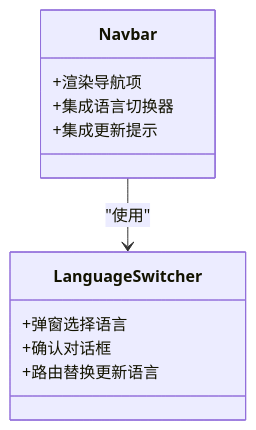
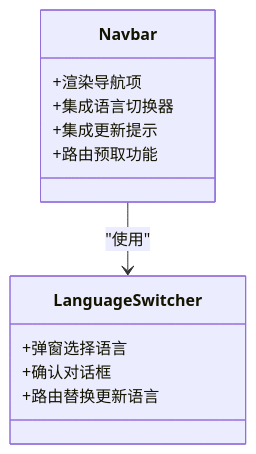
The fifth of 11 diagrams in .qoder/repowiki/zh/content/前端组件架构/前端组件架构.md (lyl2021/waoowaoo), drawn with Mermaid before and after one commit. The commit also changed other lines of this file and 25 other files, not shown here.

First line of the commit message:
fix: 图片生成最高质量 4K 支持与 LLM 视觉调用网络修复

````diff
--- a/.qoder/repowiki/zh/content/前端组件架构/前端组件架构.md
+++ b/.qoder/repowiki/zh/content/前端组件架构/前端组件架构.md
@@ -255,14 +258,15 @@
 ```mermaid
 classDiagram
 class Navbar {
 +渲染导航项
 +集成语言切换器
 +集成更新提示
++路由预取功能
 }
 class LanguageSwitcher {
 +弹窗选择语言
 +确认对话框
 +路由替换更新语言
 }
 Navbar --> LanguageSwitcher : "使用"
 ```
````
